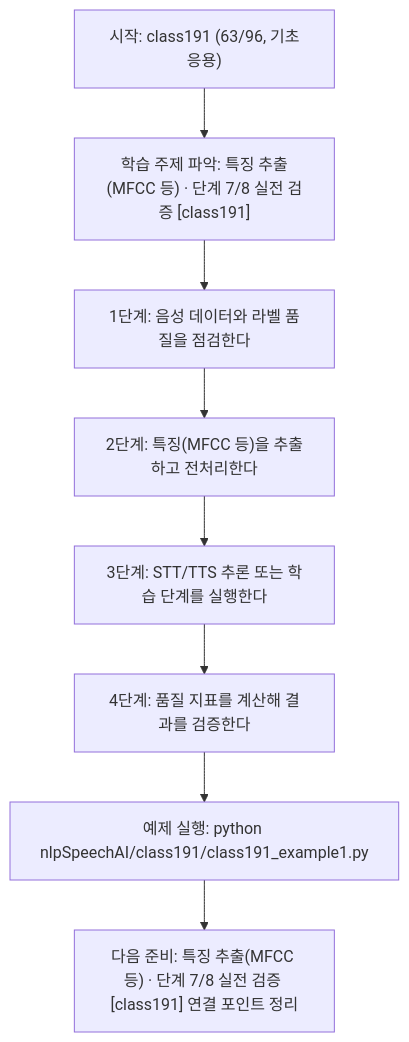
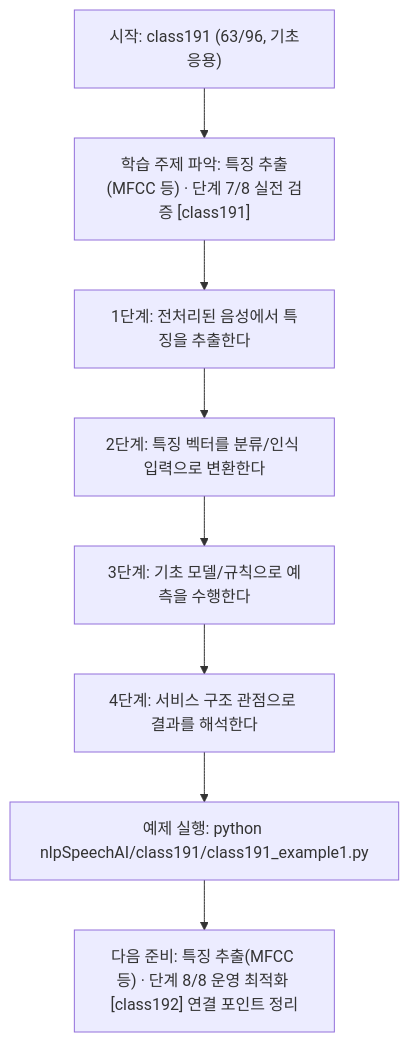
Before and after one commit to edumgt/Python-AI_Agent-Class: the diagram in nlpSpeechAI/class191/class191.md, drawn with Mermaid. The commit also changed other lines of this file and 1122 other files, not shown here.

````diff
--- a/nlpSpeechAI/class191/class191.md
+++ b/nlpSpeechAI/class191/class191.md
@@ -114,18 +95,18 @@
 ```mermaid
 flowchart TD
 N1["시작: class191 (63/96, 기초응용)"]
 N2["학습 주제 파악: 특징 추출(MFCC 등) · 단계 7/8 실전 검증 [class191]"]
-N3["1단계: 음성 데이터와 라벨 품질을 점검한다"]
-N4["2단계: 특징(MFCC 등)을 추출하고 전처리한다"]
-N5["3단계: STT/TTS 추론 또는 학습 단계를 실행한다"]
-N6["4단계: 품질 지표를 계산해 결과를 검증한다"]
+N3["1단계: 전처리된 음성에서 특징을 추출한다"]
+N4["2단계: 특징 벡터를 분류/인식 입력으로 변환한다"]
+N5["3단계: 기초 모델/규칙으로 예측을 수행한다"]
+N6["4단계: 서비스 구조 관점으로 결과를 해석한다"]
 N7["예제 실행: python nlpSpeechAI/class191/class191_example1.py"]
-N8["다음 준비: 특징 추출(MFCC 등) · 단계 7/8 실전 검증 [class191] 연결 포인트 정리"]
+N8["다음 준비: 특징 추출(MFCC 등) · 단계 8/8 운영 최적화 [class192] 연결 포인트 정리"]
 N1 --> N2
 N2 --> N3
 N3 --> N4
 N4 --> N5
 N5 --> N6
 N6 --> N7
 N7 --> N8
 ```
````
